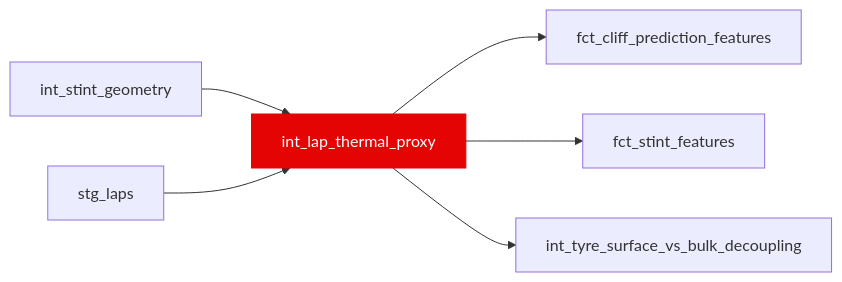
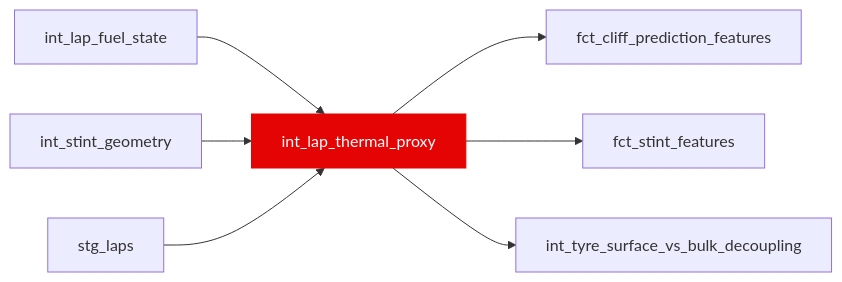
Before and after one commit to JustinClarke/off-the-pace: the diagram in docs/reference/models/int/int_lap_thermal_proxy.mdx, drawn with Mermaid. The commit also changed other lines of this file and 79 other files, not shown here.

````diff
--- a/docs/reference/models/int/int_lap_thermal_proxy.mdx
+++ b/docs/reference/models/int/int_lap_thermal_proxy.mdx
@@ -15,9 +15,10 @@
 ```mermaid
 flowchart LR
+  int_lap_fuel_state --> int_lap_thermal_proxy
   int_stint_geometry --> int_lap_thermal_proxy
   stg_laps --> int_lap_thermal_proxy
   int_lap_thermal_proxy --> fct_cliff_prediction_features
   int_lap_thermal_proxy --> fct_stint_features
   int_lap_thermal_proxy --> int_tyre_surface_vs_bulk_decoupling
   style int_lap_thermal_proxy fill:#e40404,stroke:#e40404,color:#fff
 ```
````
